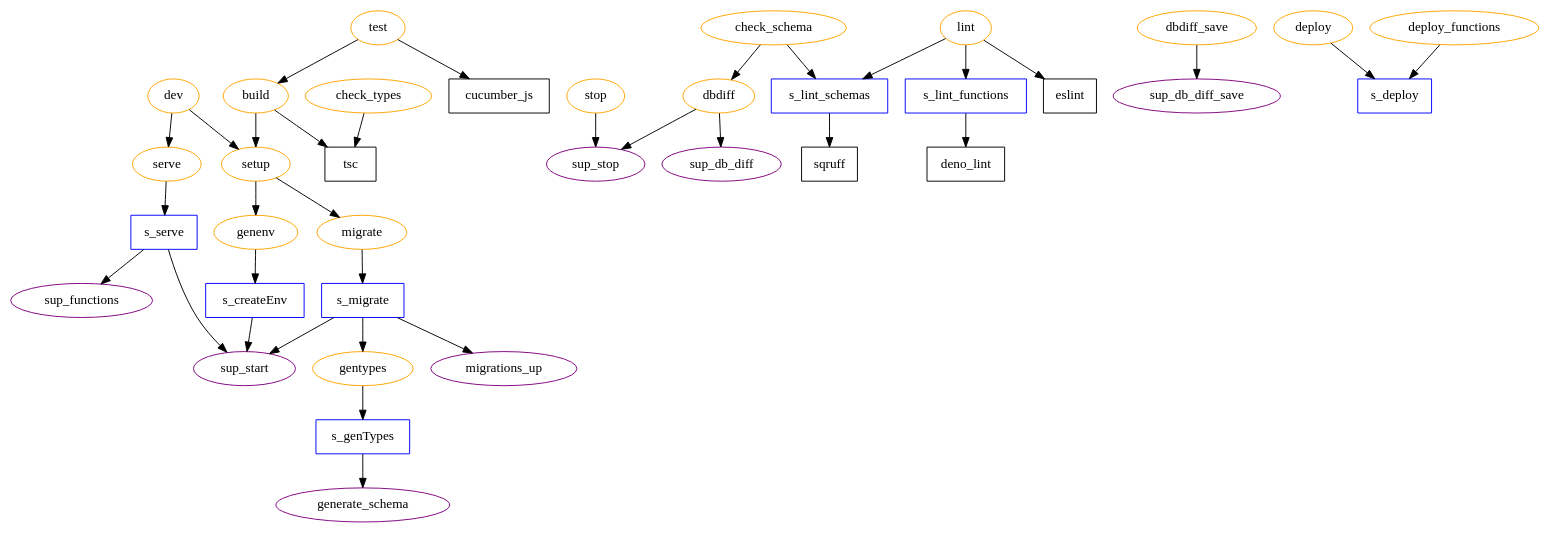
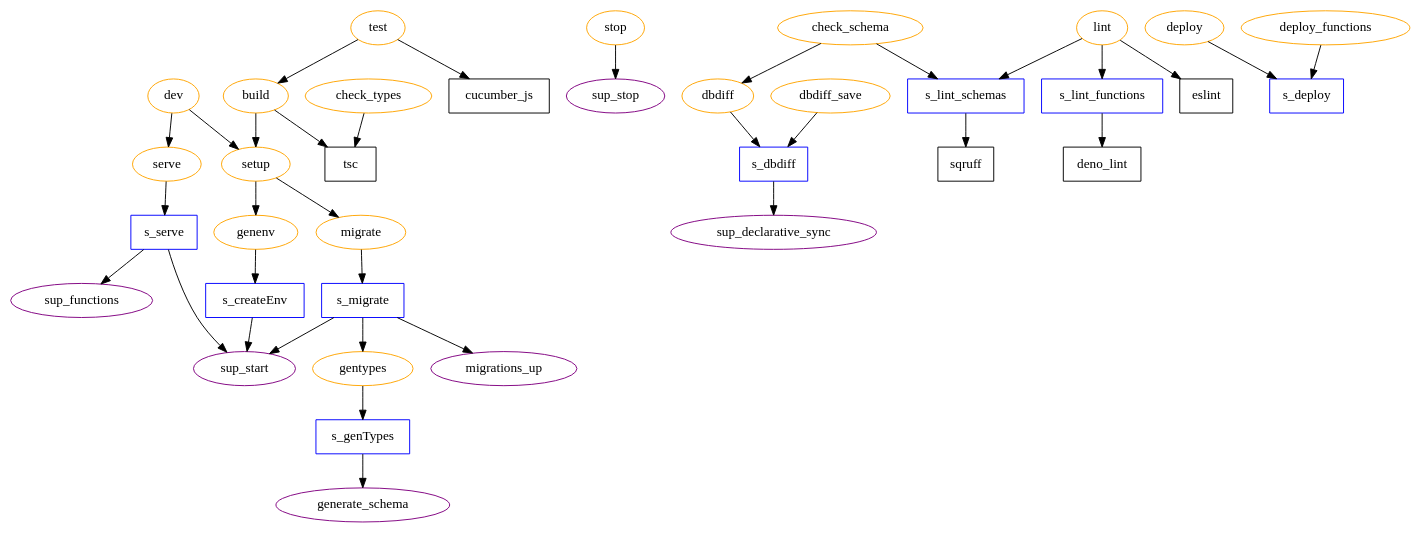
One commit to DiscourseGraphs/discourse-graph changed the diagram in packages/database/doc/tasks.dot. Above: the diagram before and after it, drawn with Graphviz. The commit also changed 4 other files, not shown here.

```diff
--- a/packages/database/doc/tasks.dot
+++ b/packages/database/doc/tasks.dot
@@ -1,86 +1,86 @@
 DiGraph G {
 
 /* package-level tasks */
 
 node [color=orange]
 
 dev
 setup
 serve
 stop
 check_types
 check_schema
 lint
 build
 test
 genenv
 dbdiff
 dbdiff_save
 deploy
 deploy_functions
 migrate
 gentypes
 
 /* supabase functions */
 node [color=purple]
 
-sup_db_diff_save
-sup_db_diff
+sup_declarative_sync
 sup_functions
 sup_start
 sup_stop
 migrations_up
 generate_schema
 
 
 
 /* scripts */
 node [color=blue; shape=rectangle]
 
 s_createEnv
 s_genTypes
 s_migrate
 s_lint_schemas
 s_lint_functions
 s_deploy
 s_serve
+s_dbdiff
 
 /* Other scripts */
 node [color=black]
 sqruff
 deno_lint
 tsc
 cucumber_js
 
 /* links */
 
     migrate -> s_migrate -> gentypes -> s_genTypes
     s_migrate -> migrations_up
     dev -> setup
     dev -> serve
     setup -> genenv
     setup -> migrate
     serve -> s_serve
     s_serve -> sup_start
     s_serve -> sup_functions
     s_createEnv -> sup_start
     stop -> sup_stop
     check_types -> tsc
     check_schema -> s_lint_schemas
     check_schema -> dbdiff
     lint -> eslint
     lint -> s_lint_functions -> deno_lint
     lint -> s_lint_schemas -> sqruff
     test -> build
     test -> cucumber_js
     genenv -> s_createEnv
-    dbdiff -> sup_stop
-    dbdiff -> sup_db_diff
-    dbdiff_save -> sup_db_diff_save
+    dbdiff -> s_dbdiff
+    dbdiff_save -> s_dbdiff
+    s_dbdiff -> sup_declarative_sync
     deploy -> s_deploy
     deploy_functions -> s_deploy
     build -> setup
     build -> tsc
     s_genTypes -> generate_schema
     s_migrate -> sup_start
 }
```
